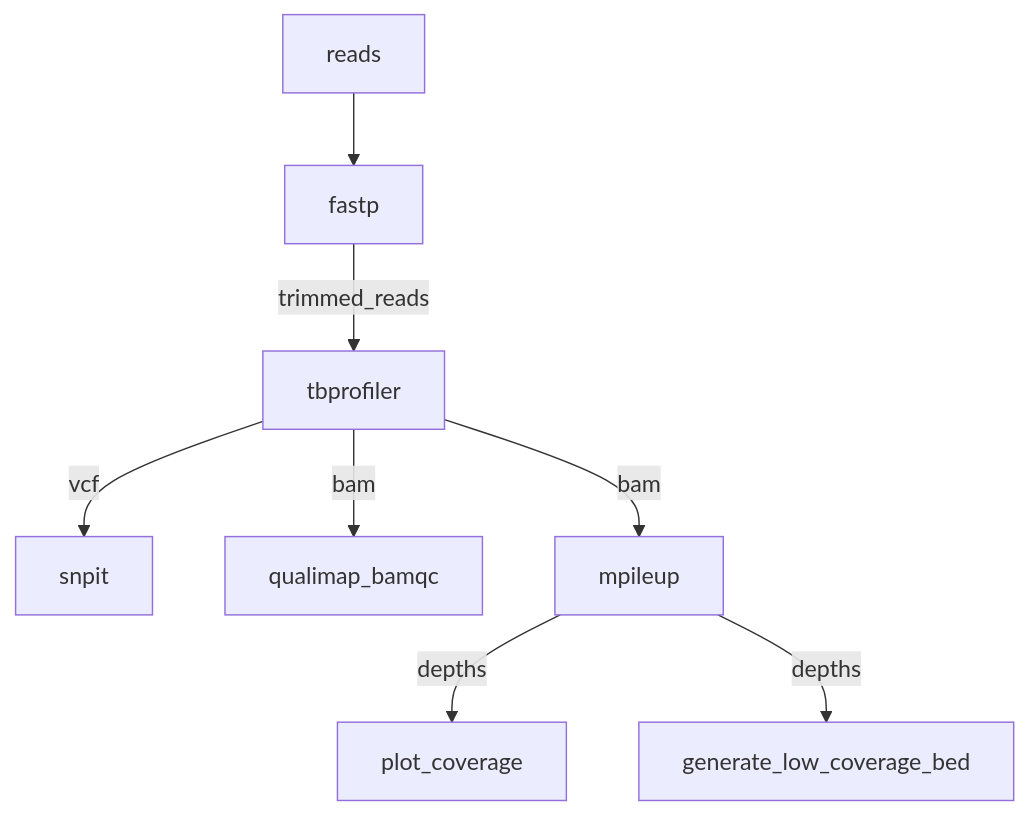
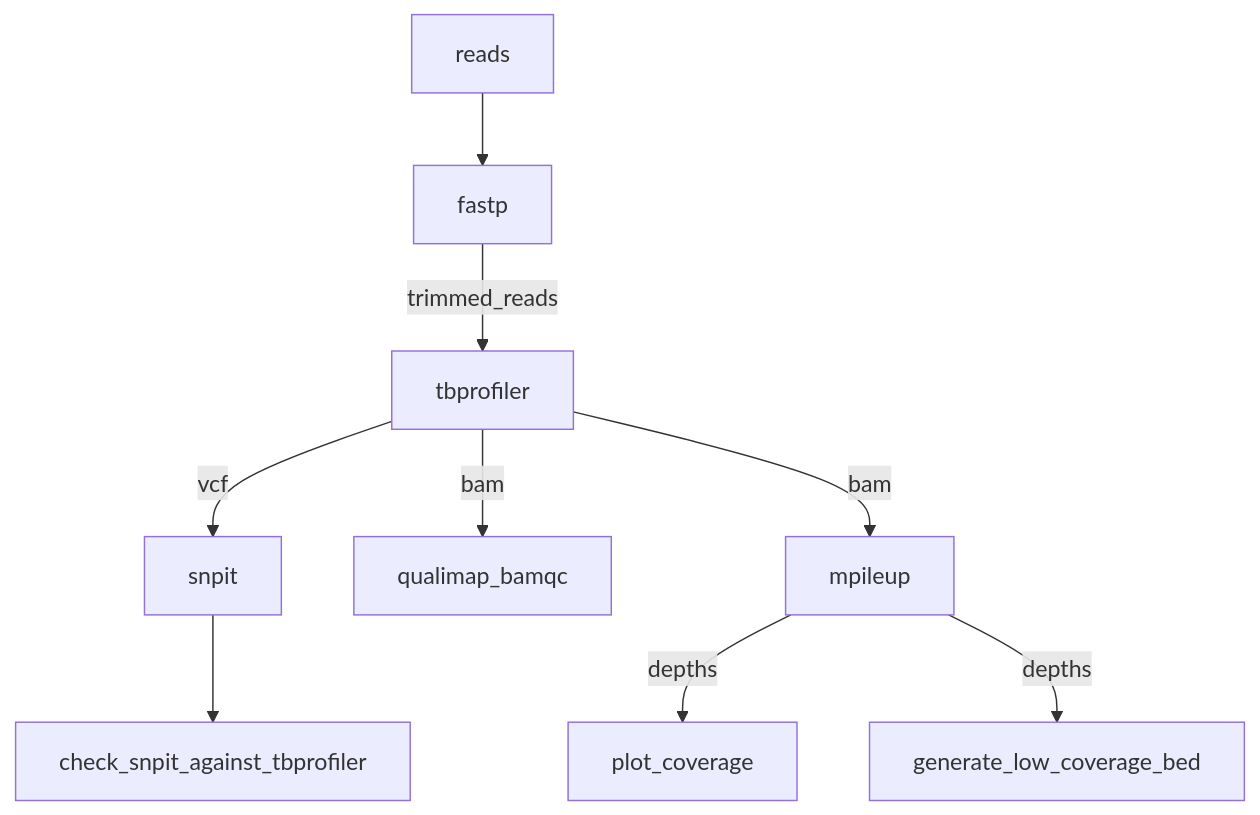
The diagram in README.md (BCCDC-PHL/tbprofiler-nf), drawn with Mermaid before and after one commit. The commit also changed other lines of this file, not shown here.

````diff
--- a/README.md
+++ b/README.md
@@ -8,10 +8,11 @@
 ```mermaid
 flowchart TD
   reads --> fastp
   fastp -- trimmed_reads --> tbprofiler
   tbprofiler -- vcf --> snpit
+  snpit --> check_snpit_against_tbprofiler
   tbprofiler -- bam --> qualimap_bamqc
   tbprofiler -- bam --> mpileup
   mpileup -- depths --> plot_coverage
   mpileup -- depths --> generate_low_coverage_bed
 ```
````
